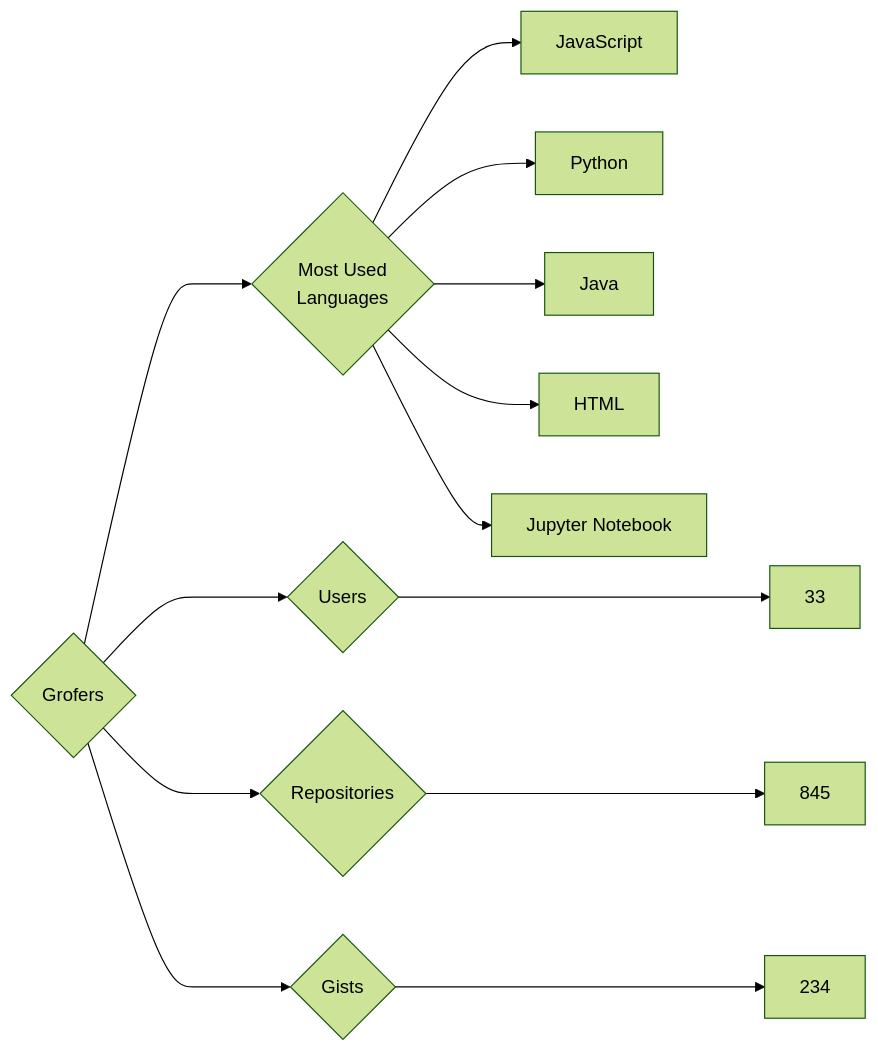
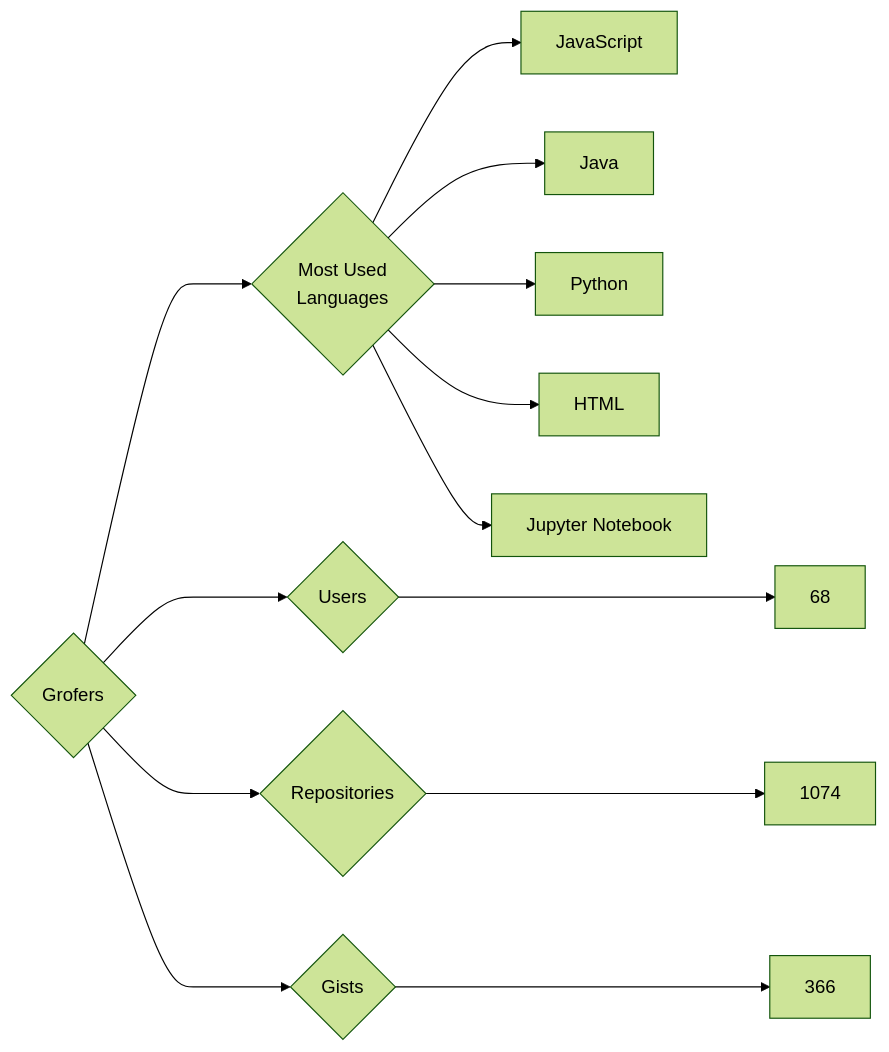
Before and after one commit to trickest/insiders: the diagram in targets/Grofers/README.md, drawn with Mermaid (forest theme). The commit also changed 1084 other files, not shown here.

````diff
--- a/targets/Grofers/README.md
+++ b/targets/Grofers/README.md
@@ -3,13 +3,13 @@
 ```mermaid
 graph LR
 COMPANY_NAME{Grofers}
-COMPANY_NAME ---> U{Users} ---> UN[33]
-COMPANY_NAME ---> R{Repositories} ---> RN[845]
-COMPANY_NAME ---> G{Gists} ---> GN[234]
+COMPANY_NAME ---> U{Users} ---> UN[68]
+COMPANY_NAME ---> R{Repositories} ---> RN[1074]
+COMPANY_NAME ---> G{Gists} ---> GN[366]
 COMPANY_NAME ---> ML{Most Used<br>Languages}
 ML --> JavaScript[JavaScript]
+ML --> Java[Java]
 ML --> Python[Python]
-ML --> Java[Java]
 ML --> HTML[HTML]
 ML --> Jupyter_Notebook[Jupyter Notebook]
 ```
````
